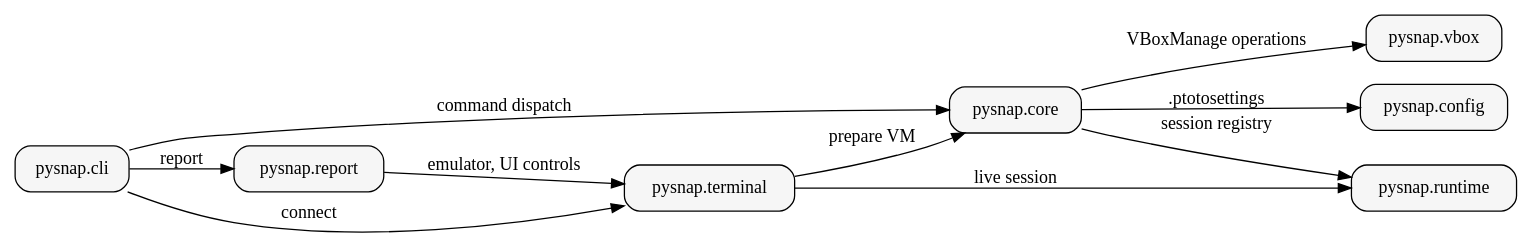
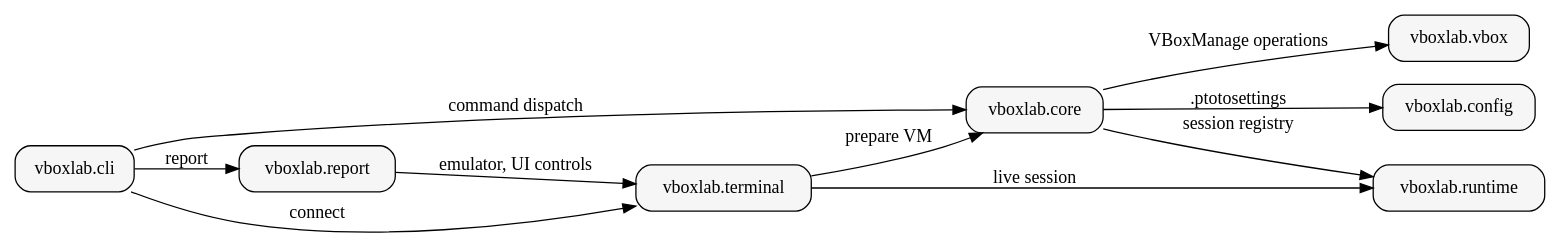
Before and after one commit to UsamG1t/NeuroPysnap: the diagram in docs/architecture.rst, drawn with Graphviz. The commit also changed other lines of this file and 175 other files, not shown here.

First line of the commit message:
rename: move the package from pysnap to vboxlab

```diff
--- a/docs/architecture.rst
+++ b/docs/architecture.rst
@@ -28,25 +28,25 @@
    .. graphviz::
       :caption: High-level relationships between PySnap packages.
 
       digraph package_relationships {
           rankdir=LR;
           node [shape=box, style="rounded,filled", fillcolor="#f6f6f6"];
 
-          cli [label="pysnap.cli"];
-          config [label="pysnap.config"];
-          core [label="pysnap.core"];
-          report [label="pysnap.report"];
-          runtime [label="pysnap.runtime"];
-          terminal [label="pysnap.terminal"];
-          vbox [label="pysnap.vbox"];
+          cli [label="vboxlab.cli"];
+          config [label="vboxlab.config"];
+          core [label="vboxlab.core"];
+          report [label="vboxlab.report"];
+          runtime [label="vboxlab.runtime"];
+          terminal [label="vboxlab.terminal"];
+          vbox [label="vboxlab.vbox"];
 
           cli -> core [label="command dispatch"];
           cli -> terminal [label="connect"];
           cli -> report [label="report"];
           report -> terminal [label="emulator, UI controls"];
           core -> config [label=".ptotosettings"];
           core -> runtime [label="session registry"];
           core -> vbox [label="VBoxManage operations"];
           terminal -> core [label="prepare VM"];
           terminal -> runtime [label="live session"];
       }
```
